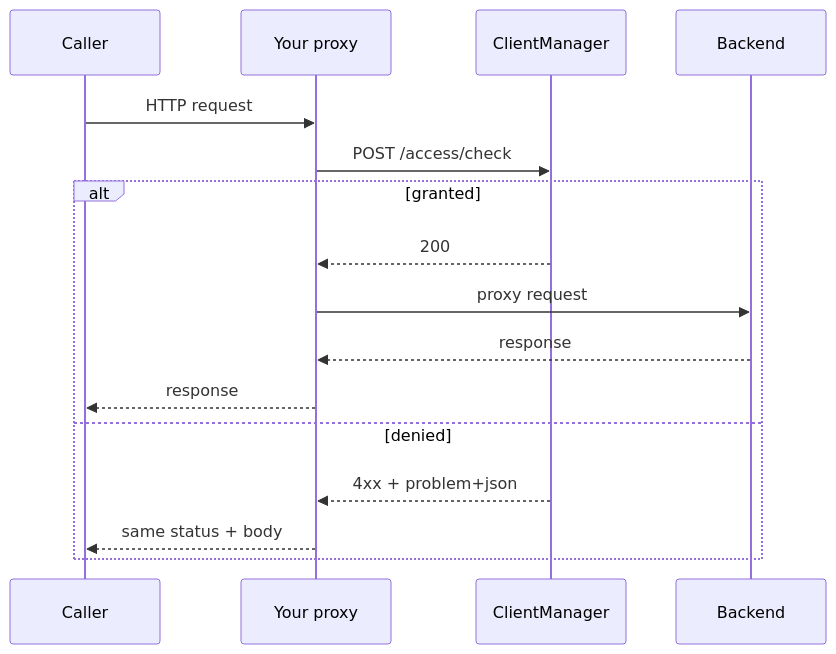
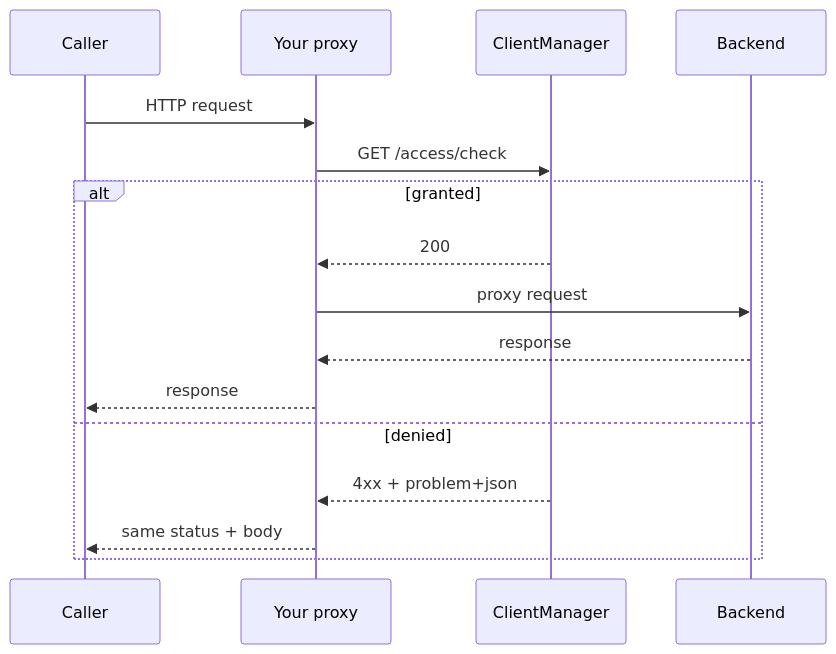
The third of 4 diagrams in docs/core/request-flow.md (ShaharMS/ClientManager), drawn with Mermaid before and after one commit. The commit also changed other lines of this file and 12 other files, not shown here.

````diff
--- a/docs/core/request-flow.md
+++ b/docs/core/request-flow.md
@@ -163,19 +157,19 @@
 ```mermaid
 sequenceDiagram
     participant Caller
     participant Edge as Your proxy
     participant CM as ClientManager
     participant Backend
 
     Caller->>Edge: HTTP request
-    Edge->>CM: POST /access/check
+    Edge->>CM: GET /access/check
     alt granted
         CM-->>Edge: 200
         Edge->>Backend: proxy request
         Backend-->>Edge: response
         Edge-->>Caller: response
     else denied
         CM-->>Edge: 4xx + problem+json
         Edge-->>Caller: same status + body
     end
 ```
````
